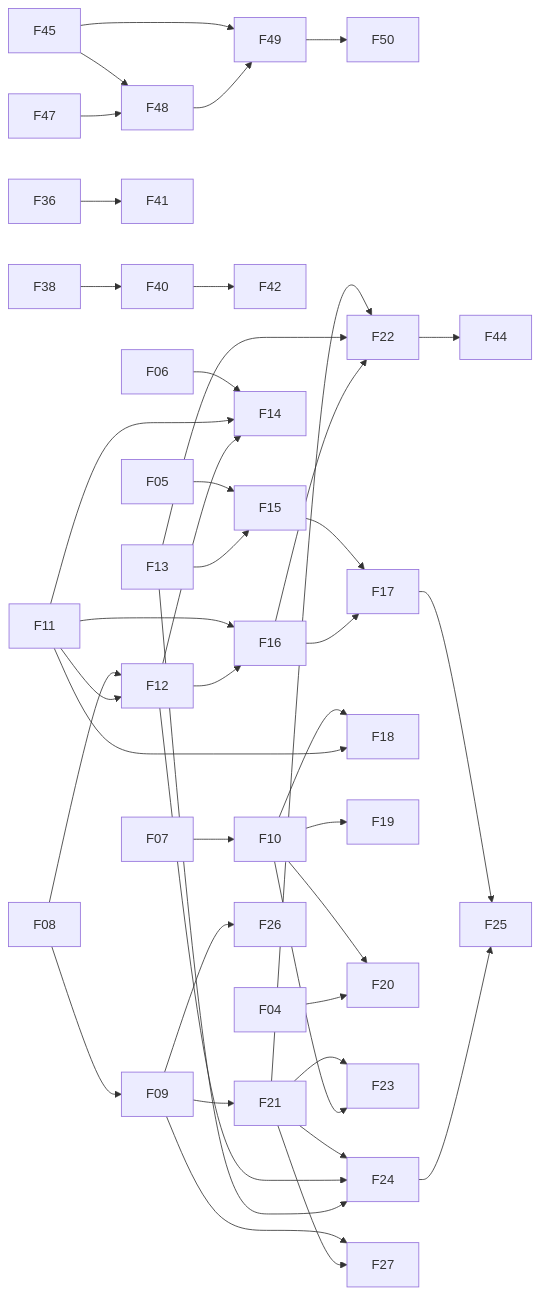
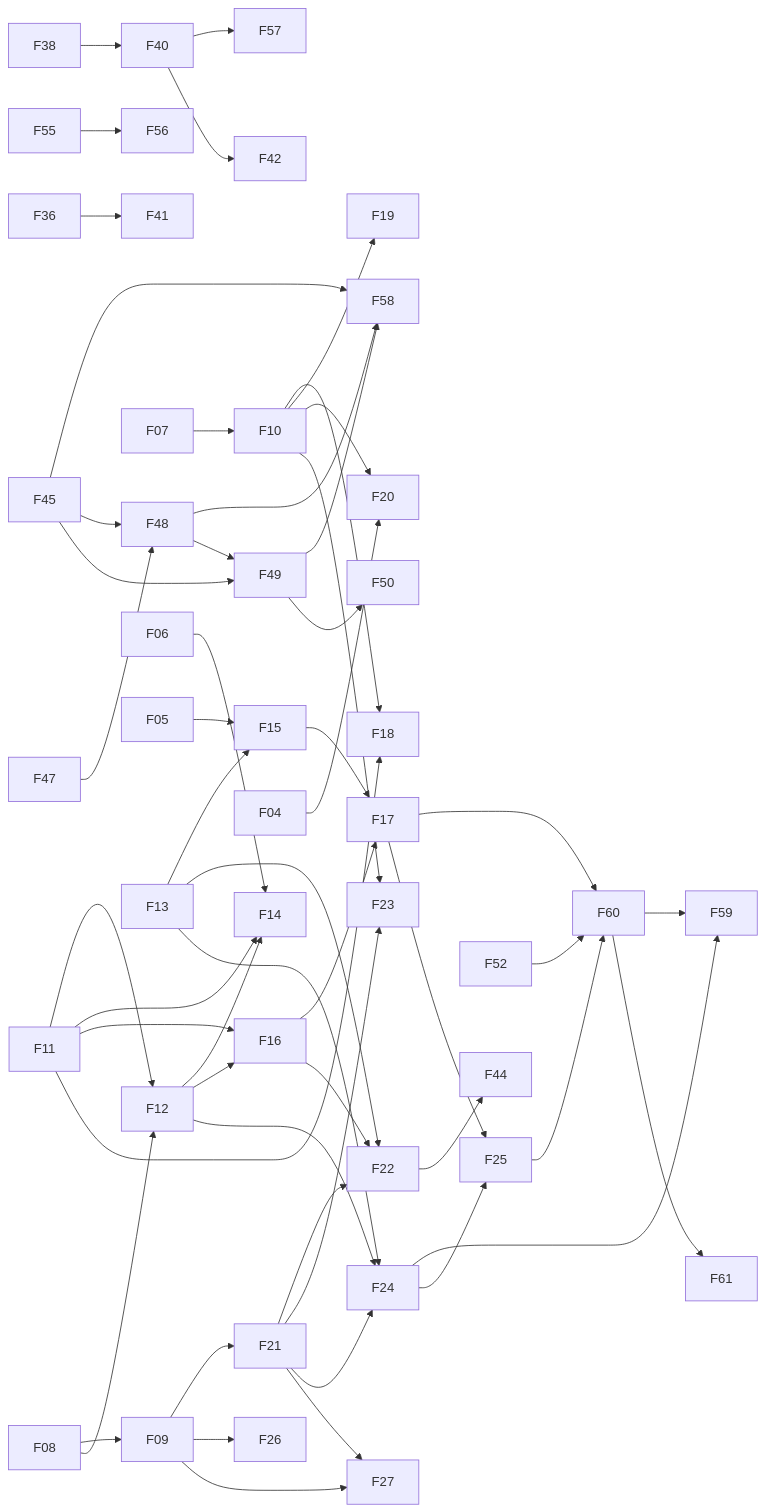
One commit to yinjunshao/lanyard changed the diagram in Lanyard-Vault/07 Roadmap/00 Master To-Do.md. Above: the diagram before and after it, drawn with Mermaid. The commit also changed other lines of this file and 11 other files, not shown here.

````diff
--- a/Lanyard-Vault/07 Roadmap/00 Master To-Do.md
+++ b/Lanyard-Vault/07 Roadmap/00 Master To-Do.md
@@ -130,44 +147,55 @@
 ```mermaid
 graph LR
+  F40 --> F57
+  F45 --> F58
+  F48 --> F58
+  F49 --> F58
+  F17 --> F60
+  F25 --> F60
+  F52 --> F60
+  F24 --> F59
+  F60 --> F59
+  F55 --> F56
+  F60 --> F61
   F45 --> F48
   F47 --> F48
   F45 --> F49
   F48 --> F49
   F49 --> F50
   F40 --> F42
   F22 --> F44
   F38 --> F40
   F36 --> F41
   F07 --> F10
   F08 --> F09
   F08 --> F12
   F11 --> F12
   F06 --> F14
   F11 --> F14
   F12 --> F14
   F05 --> F15
   F13 --> F15
   F11 --> F16
   F12 --> F16
   F15 --> F17
   F16 --> F17
   F10 --> F18
   F11 --> F18
   F10 --> F19
   F10 --> F20
   F04 --> F20
   F09 --> F21
   F21 --> F22
   F13 --> F22
   F16 --> F22
   F21 --> F23
   F10 --> F23
   F21 --> F24
   F12 --> F24
   F13 --> F24
   F17 --> F25
   F24 --> F25
   F09 --> F26
   F09 --> F27
   F21 --> F27
 ```
````
